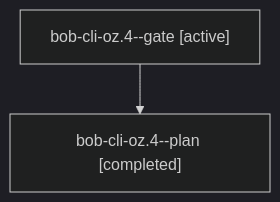
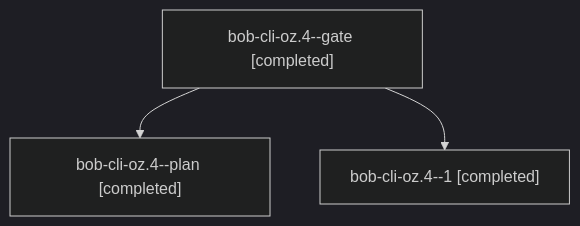
The diagram in sessions/bbugyi200.apollo.bob-cli-oz.4.md (bobs-org/bob-cli--agents), drawn with Mermaid (dark theme) before and after one commit. The commit also changed other lines of this file and 54 other files, not shown here.

````diff
--- a/sessions/bbugyi200.apollo.bob-cli-oz.4.md
+++ b/sessions/bbugyi200.apollo.bob-cli-oz.4.md
@@ -9,6 +9,8 @@
 ```mermaid
 flowchart TD
-  n0["bob-cli-oz.4--gate [active]"]
+  n0["bob-cli-oz.4--gate [completed]"]
   n1["bob-cli-oz.4--plan [completed]"]
   n0 --> n1
+  n2["bob-cli-oz.4--1 [completed]"]
+  n0 --> n2
 ```
````
